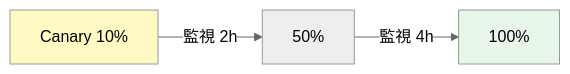
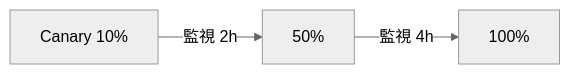
One commit to dinekt/dinekt-wiki changed the third of 3 diagrams in docs/case-studies/評価駆動で-llm-機能をゼロから作った-5-日間の流れ.md. Above: the diagram before and after it, drawn with Mermaid (neutral theme). The commit also changed other lines of this file and 70 other files, not shown here.

First line of the commit message:
fix(mermaid): strip all inline styling, rely on theme

````diff
--- a/docs/case-studies/評価駆動で-llm-機能をゼロから作った-5-日間の流れ.md
+++ b/docs/case-studies/評価駆動で-llm-機能をゼロから作った-5-日間の流れ.md
@@ -124,8 +122,6 @@
 ```mermaid
 flowchart LR
     C[Canary 10%] -->|監視 2h| C2[50%]
     C2 -->|監視 4h| F[100%]
 
-    style C fill:#fff9c4,color:#000
-    style F fill:#e8f5e9,color:#000
 ```
````
